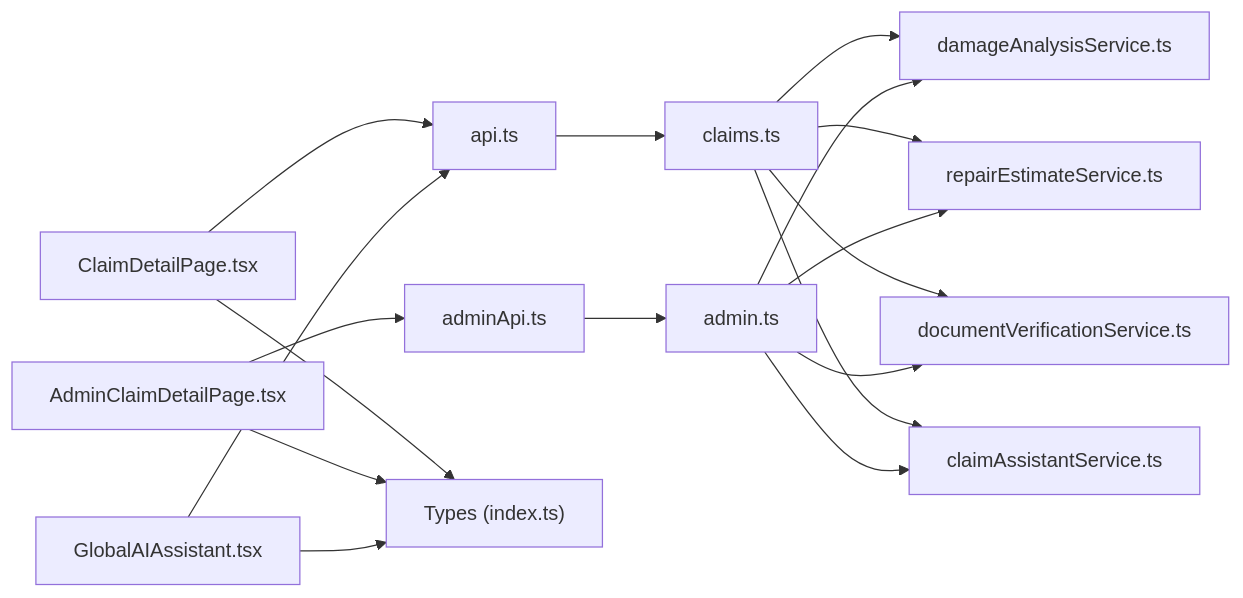
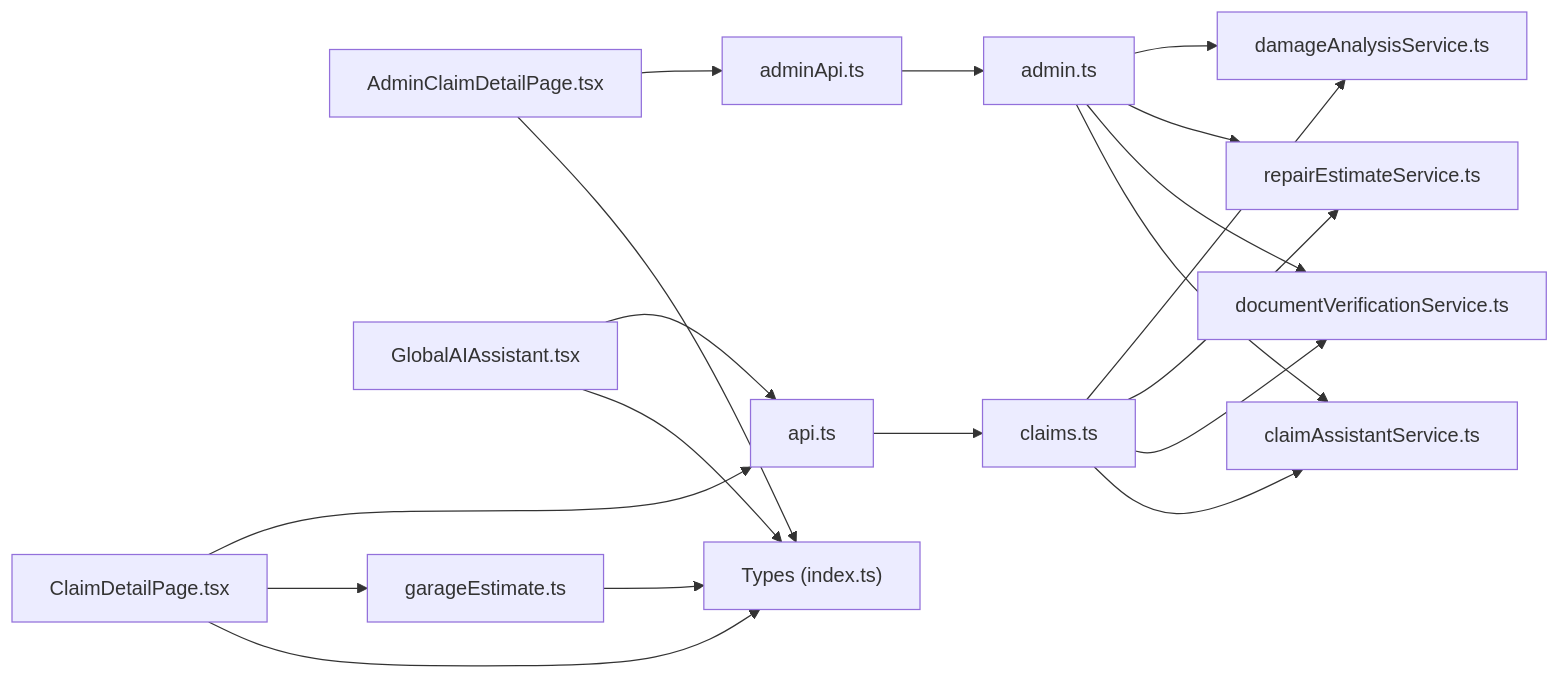
One commit to NaveenHiranya/Smart-Vehicle-Insurance-Claim-System changed the third of 3 diagrams in .qoder/repowiki/en/content/Frontend Documentation/Pages and Views/User Pages/Claim Detail Page.md. Above: the diagram before and after it, drawn with Mermaid. The commit also changed other lines of this file and 33 other files, not shown here.

````diff
--- a/.qoder/repowiki/en/content/Frontend Documentation/Pages and Views/User Pages/Claim Detail Page.md
+++ b/.qoder/repowiki/en/content/Frontend Documentation/Pages and Views/User Pages/Claim Detail Page.md
@@ -408,19 +529,21 @@
 ```mermaid
 graph LR
 CDP["ClaimDetailPage.tsx"] --> API["api.ts"]
 ACDP["AdminClaimDetailPage.tsx"] --> AAPI["adminApi.ts"]
 GAA["GlobalAIAssistant.tsx"] --> API
+CDP --> GEU["garageEstimate.ts"]
 API --> ROUTES["claims.ts"]
 AAPI --> AROUTES["admin.ts"]
 ROUTES --> DAST["damageAnalysisService.ts"]
 ROUTES --> RES["repairEstimateService.ts"]
 ROUTES --> DVS["documentVerificationService.ts"]
 ROUTES --> CAS["claimAssistantService.ts"]
 AROUTES --> DAST
 AROUTES --> RES
 AROUTES --> DVS
 AROUTES --> CAS
 CDP --> TYPES["Types (index.ts)"]
 ACDP --> TYPES
 GAA --> TYPES
+GEU --> TYPES
 ```
````
